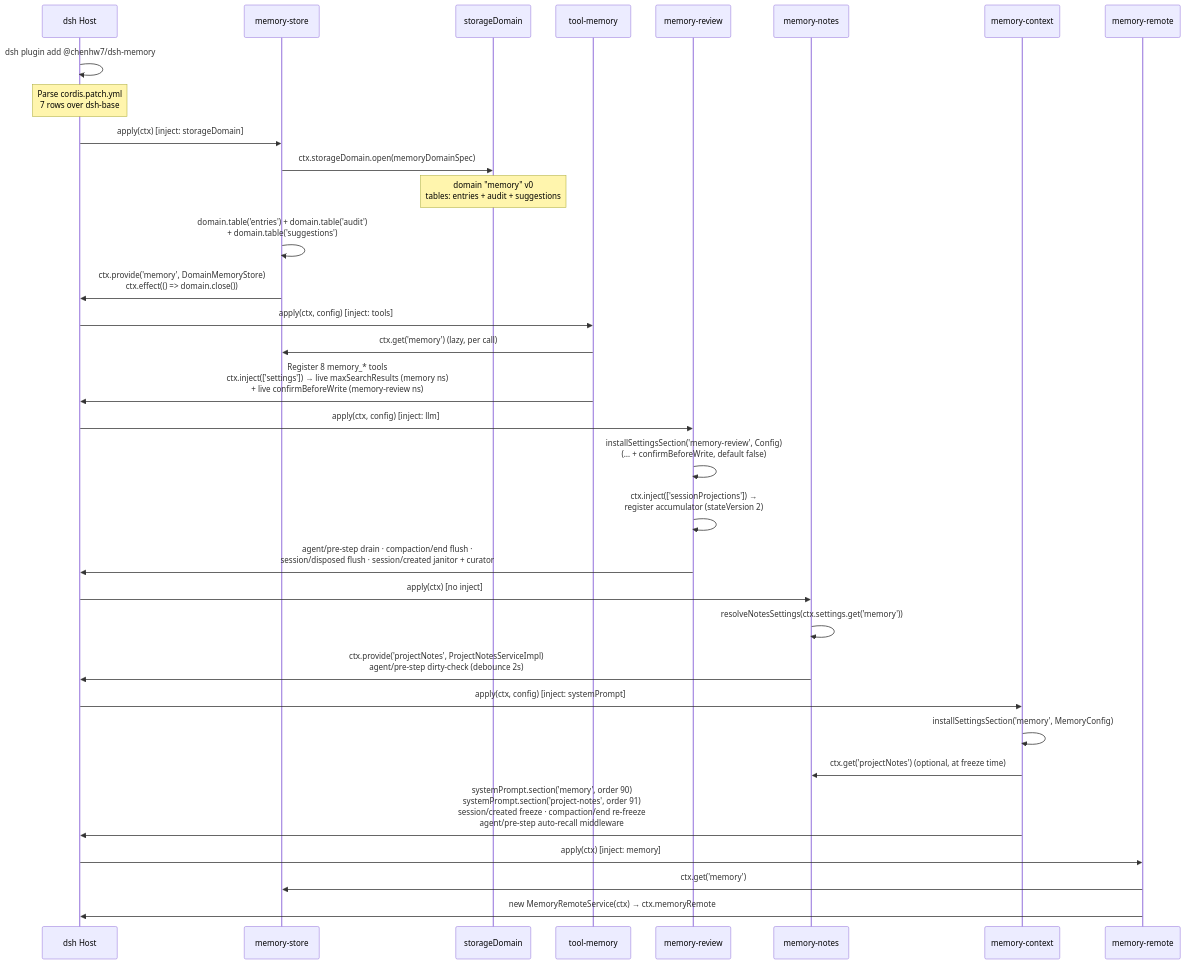
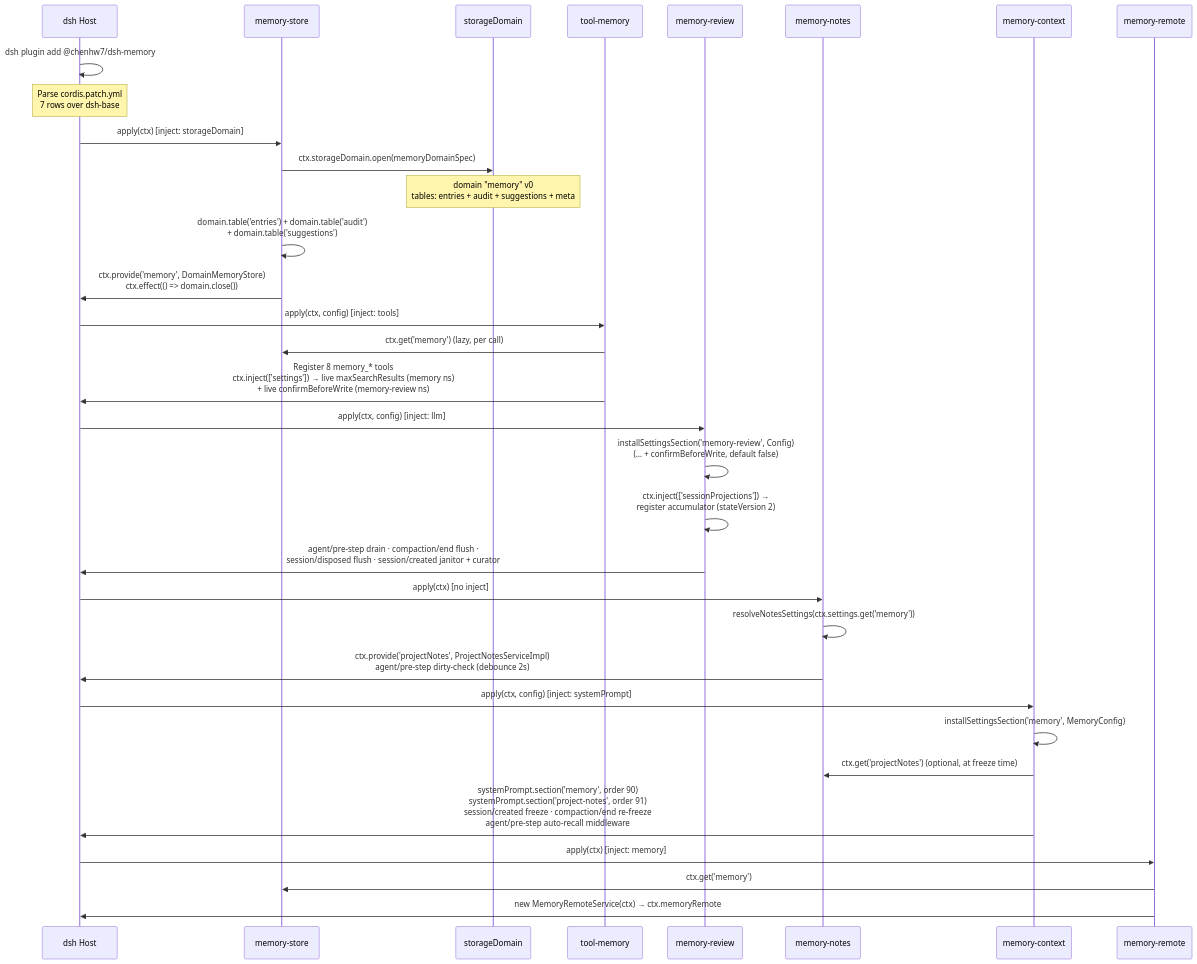
The first of 14 diagrams in docs/SEQUENCE_DIAGRAMS.md (chenhw7/dsh-memory), drawn with Mermaid before and after one commit. The commit also changed other lines of this file and 15 other files, not shown here.

````diff
--- a/docs/SEQUENCE_DIAGRAMS.md
+++ b/docs/SEQUENCE_DIAGRAMS.md
@@ -14,42 +14,42 @@
 ```mermaid
 sequenceDiagram
     participant Host as dsh Host
     participant Store as memory-store
     participant SD as storageDomain
     participant Tool as tool-memory
     participant Review as memory-review
     participant Notes as memory-notes
     participant Context as memory-context
     participant Remote as memory-remote
 
     Host->>Host: dsh plugin add @chenhw7/dsh-memory
     Note over Host: Parse cordis.patch.yml<br/>7 rows over dsh-base
 
     Host->>Store: apply(ctx) [inject: storageDomain]
     Store->>SD: ctx.storageDomain.open(memoryDomainSpec)
-    Note over SD: domain "memory" v0<br/>tables: entries + audit + suggestions
+    Note over SD: domain "memory" v0<br/>tables: entries + audit + suggestions + meta
     Store->>Store: domain.table('entries') + domain.table('audit')<br/>+ domain.table('suggestions')
     Store->>Host: ctx.provide('memory', DomainMemoryStore)<br/>ctx.effect(() => domain.close())
 
     Host->>Tool: apply(ctx, config) [inject: tools]
     Tool->>Store: ctx.get('memory') (lazy, per call)
     Tool->>Host: Register 8 memory_* tools<br/>ctx.inject(['settings']) → live maxSearchResults (memory ns)<br/>+ live confirmBeforeWrite (memory-review ns)
 
     Host->>Review: apply(ctx, config) [inject: llm]
     Review->>Review: installSettingsSection('memory-review', Config)<br/>(… + confirmBeforeWrite, default false)
     Review->>Review: ctx.inject(['sessionProjections']) →<br/>register accumulator (stateVersion 2)
     Review->>Host: agent/pre-step drain · compaction/end flush ·<br/>session/disposed flush · session/created janitor + curator
 
     Host->>Notes: apply(ctx) [no inject]
     Notes->>Notes: resolveNotesSettings(ctx.settings.get('memory'))
     Notes->>Host: ctx.provide('projectNotes', ProjectNotesServiceImpl)<br/>agent/pre-step dirty-check (debounce 2s)
 
     Host->>Context: apply(ctx, config) [inject: systemPrompt]
     Context->>Context: installSettingsSection('memory', MemoryConfig)
     Context->>Notes: ctx.get('projectNotes') (optional, at freeze time)
     Context->>Host: systemPrompt.section('memory', order 90)<br/>systemPrompt.section('project-notes', order 91)<br/>session/created freeze · compaction/end re-freeze<br/>agent/pre-step auto-recall middleware
 
     Host->>Remote: apply(ctx) [inject: memory]
     Remote->>Store: ctx.get('memory')
     Remote->>Host: new MemoryRemoteService(ctx) → ctx.memoryRemote
 ```
````
